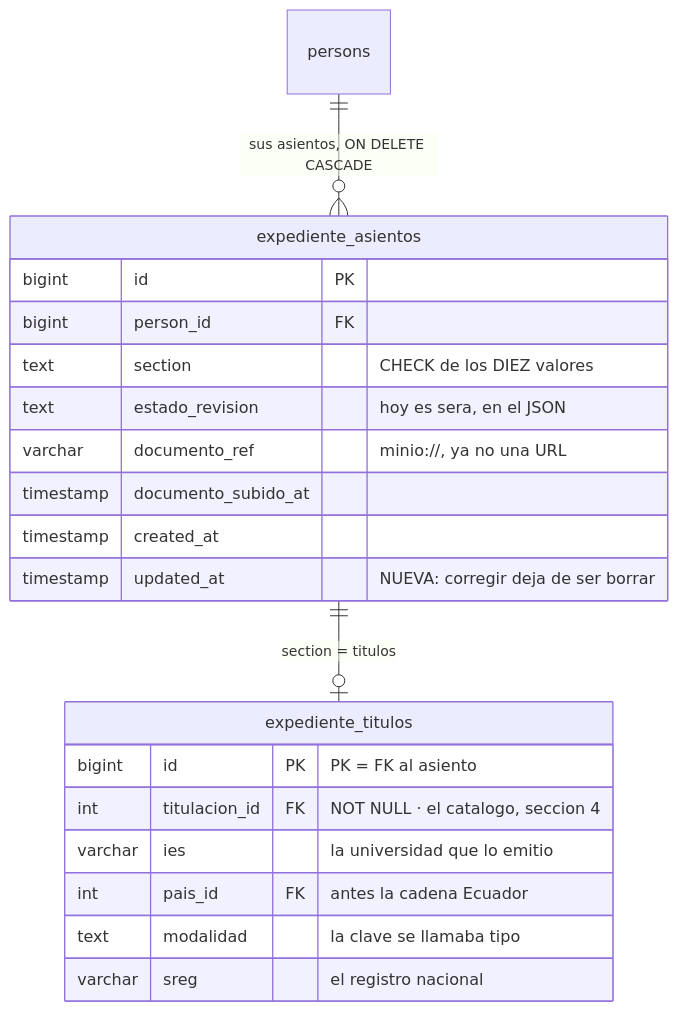
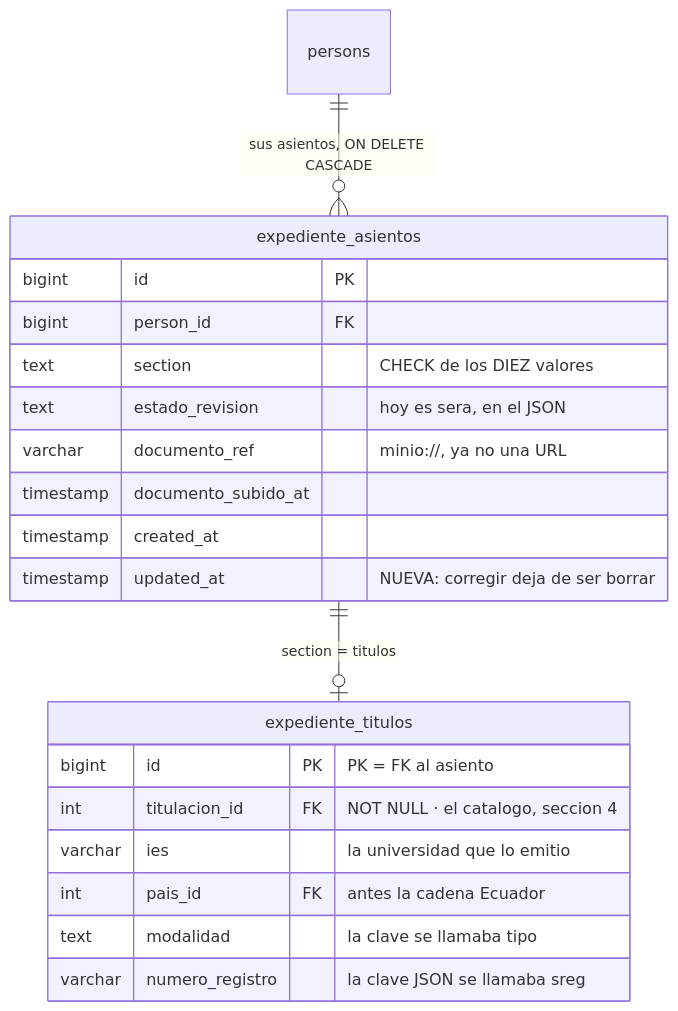
One commit to fresvel/deasy changed the first of 8 diagrams in docs/src/content/docs/complemento/expediente.md. Above: the diagram before and after it, drawn with Mermaid. The commit also changed other lines of this file and 2 other files, not shown here.

First paragraph of the commit message:
docs(expediente): la 8.4 del plan al dia, y sreg pasa a numero_registro
LA 8.4 DEL PLAN, reescrita entera con el catalogo acordado. Era la ultima parte
que seguia describiendo el diseño anterior, y es la que se implementa. Pasa de
cinco tablas a SEIS mas dos extensiones:

````diff
--- a/docs/src/content/docs/complemento/expediente.md
+++ b/docs/src/content/docs/complemento/expediente.md
@@ -56,25 +56,25 @@
 ```mermaid
 erDiagram
   persons ||--o{ expediente_asientos : "sus asientos, ON DELETE CASCADE"
   expediente_asientos ||--o| expediente_titulos : "section = titulos"
 
   expediente_asientos {
     bigint id PK
     bigint person_id FK
     text section "CHECK de los DIEZ valores"
     text estado_revision "hoy es sera, en el JSON"
     varchar documento_ref "minio://, ya no una URL"
     timestamp documento_subido_at
     timestamp created_at
     timestamp updated_at "NUEVA: corregir deja de ser borrar"
   }
 
   expediente_titulos {
     bigint id PK "PK = FK al asiento"
     int titulacion_id FK "NOT NULL · el catalogo, seccion 4"
     varchar ies "la universidad que lo emitio"
     int pais_id FK "antes la cadena Ecuador"
     text modalidad "la clave se llamaba tipo"
-    varchar sreg "el registro nacional"
+    varchar numero_registro "la clave JSON se llamaba sreg"
   }
 ```
````
